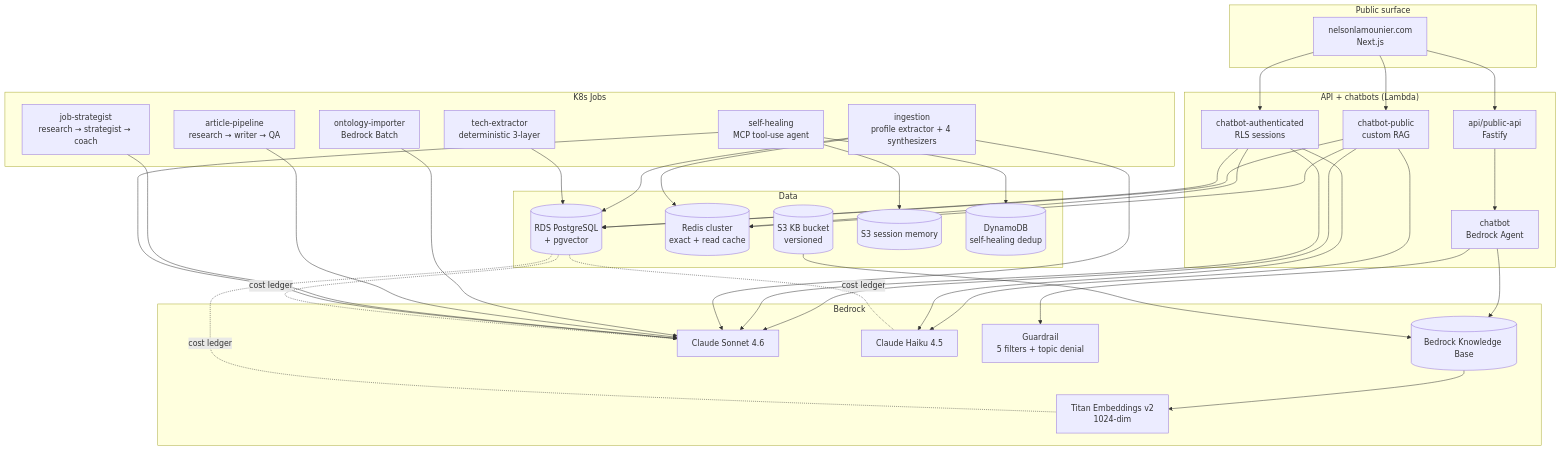
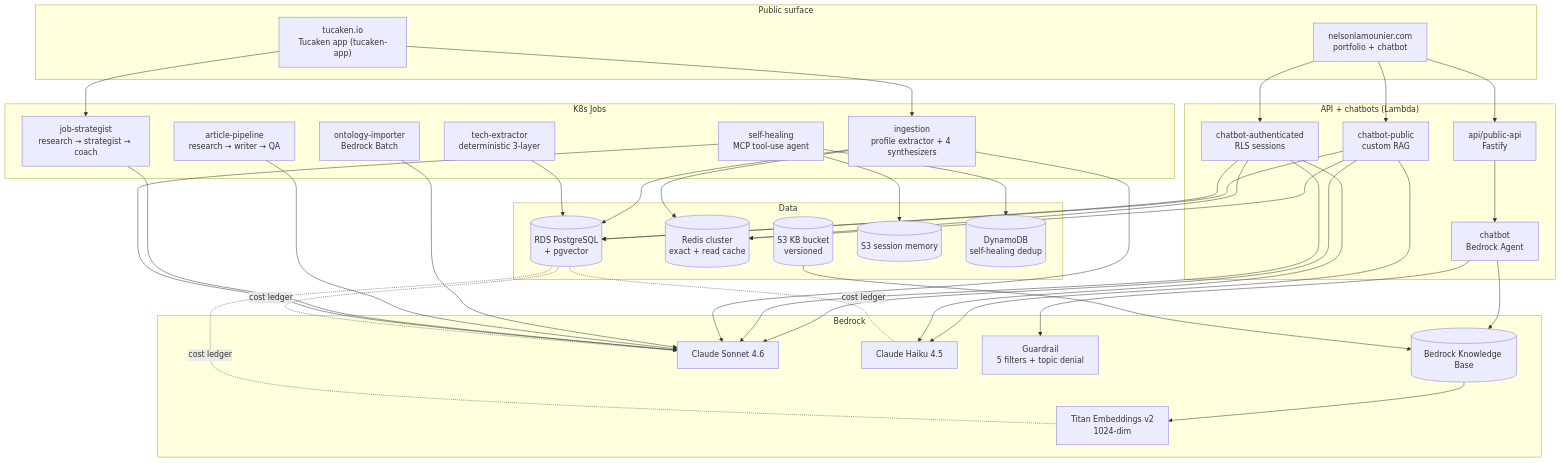
One commit to Nelson-Lamounier/ai-applications changed the diagram in README.md. Above: the diagram before and after it, drawn with Mermaid. The commit also changed other lines of this file, not shown here.

Commit message:
docs(readme): tucaken.io product URL, rename cdk-monitoring→tucaken-infra, repo-table roles+links

````diff
--- a/README.md
+++ b/README.md
@@ -114,64 +114,67 @@
 ```mermaid
 flowchart TD
     subgraph "Public surface"
-        Web["nelsonlamounier.com<br/>Next.js"]
+        Tucaken["tucaken.io<br/>Tucaken app (tucaken-app)"]
+        Web["nelsonlamounier.com<br/>portfolio + chatbot"]
     end
 
     subgraph "API + chatbots (Lambda)"
         API[api/public-api<br/>Fastify]
         ChatbotMgd[chatbot<br/>Bedrock Agent]
         ChatbotPub[chatbot-public<br/>custom RAG]
         ChatbotAuth[chatbot-authenticated<br/>RLS sessions]
     end
 
     subgraph "K8s Jobs"
         Ingest[ingestion<br/>profile extractor + 4 synthesizers]
         TechE[tech-extractor<br/>deterministic 3-layer]
         Ont[ontology-importer<br/>Bedrock Batch]
         Art[article-pipeline<br/>research → writer → QA]
         Strat[job-strategist<br/>research → strategist → coach]
         SelfHeal[self-healing<br/>MCP tool-use agent]
     end
 
     subgraph "Bedrock"
         KB[(Bedrock Knowledge Base)]
         Sonnet[Claude Sonnet 4.6]
         Haiku[Claude Haiku 4.5]
         Titan[Titan Embeddings v2<br/>1024-dim]
         Guardrail[Guardrail<br/>5 filters + topic denial]
     end
 
     subgraph "Data"
         RDS[(RDS PostgreSQL<br/>+ pgvector)]
         Redis[(Redis cluster<br/>exact + read cache)]
         S3KB[(S3 KB bucket<br/>versioned)]
         S3Mem[(S3 session memory)]
         DDBDedup[(DynamoDB<br/>self-healing dedup)]
     end
 
+    Tucaken --> Strat
+    Tucaken --> Ingest
     Web --> API
     Web --> ChatbotPub
     Web --> ChatbotAuth
     API --> ChatbotMgd
     ChatbotMgd --> Guardrail
     ChatbotMgd --> KB
     KB --> Titan
     ChatbotPub --> RDS
     ChatbotPub --> Sonnet
     ChatbotAuth --> RDS
     ChatbotAuth --> Sonnet
     ChatbotPub & ChatbotAuth --> Haiku
     Ingest --> Sonnet
     Ingest --> RDS
     TechE --> RDS
     Ont --> Sonnet
     Art & Strat --> Sonnet
     SelfHeal --> Sonnet
     SelfHeal --> DDBDedup
     SelfHeal --> S3Mem
     RDS -.cost ledger.- Sonnet
     RDS -.cost ledger.- Haiku
     RDS -.cost ledger.- Titan
     S3KB --> KB
     ChatbotPub & ChatbotAuth & Ingest --> Redis
 ```
````
